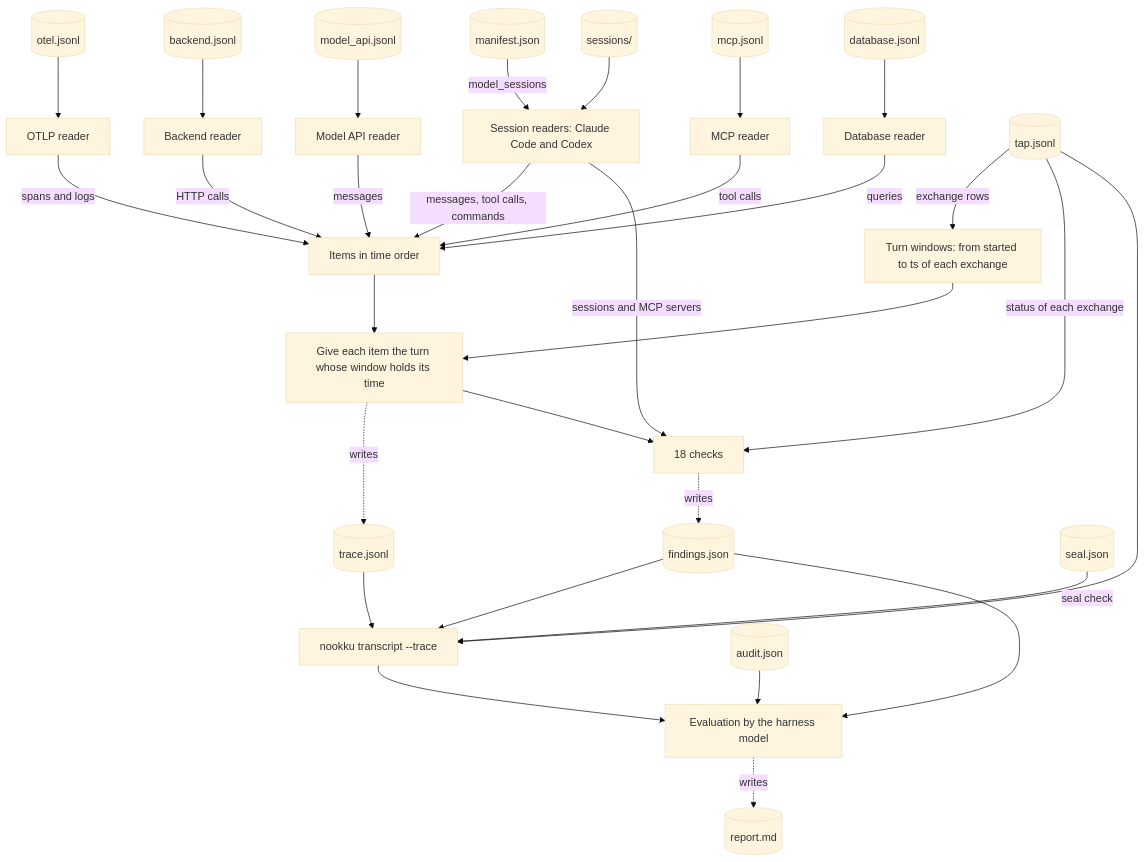
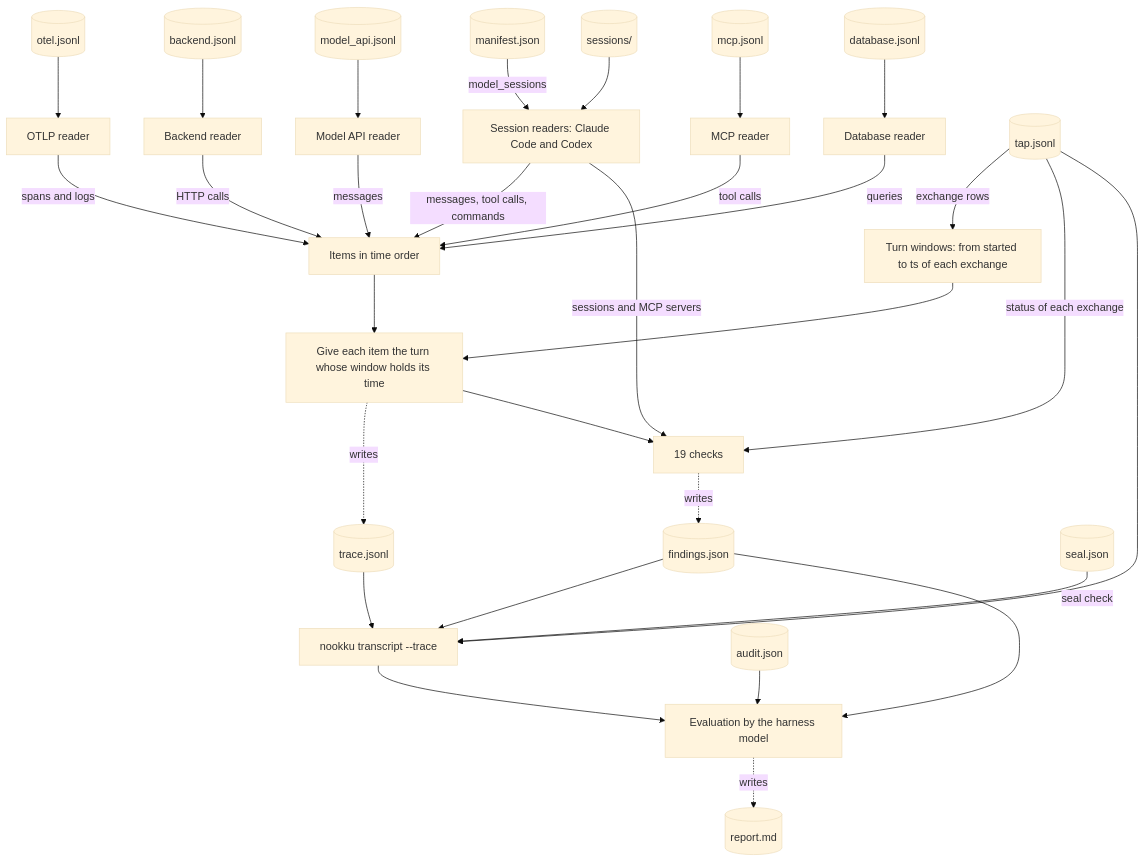
Before and after one commit to mohanraj00/nookku: the fourth of 4 diagrams in docs/architecture.md, drawn with Mermaid (base theme). The commit also changed other lines of this file and 65 other files, not shown here.

````diff
--- a/docs/architecture.md
+++ b/docs/architecture.md
@@ -213,32 +213,32 @@
 ```mermaid
 flowchart TB
     manifestrec[(manifest.json)] -->|model_sessions| sreaders[Session readers: Claude Code and Codex]
     sessions[(sessions/)] --> sreaders
     otelrec[(otel.jsonl)] --> oreader[OTLP reader]
     backendrec[(backend.jsonl)] --> breader[Backend reader]
     modelrec[(model_api.jsonl)] --> mreader[Model API reader]
     mcprec[(mcp.jsonl)] --> mcpreader[MCP reader]
     dbrec[(database.jsonl)] --> dbreader[Database reader]
     sreaders -->|messages, tool calls, commands| items[Items in time order]
     oreader -->|spans and logs| items
     breader -->|HTTP calls| items
     mreader -->|messages| items
     mcpreader -->|tool calls| items
     dbreader -->|queries| items
     taprec[(tap.jsonl)] -->|exchange rows| windows[Turn windows: from started to ts of each exchange]
     items --> assign[Give each item the turn whose window holds its time]
     windows --> assign
     assign -.->|writes| tracerec[(trace.jsonl)]
-    assign --> checks[18 checks]
+    assign --> checks[19 checks]
     sreaders -->|sessions and MCP servers| checks
     taprec -->|status of each exchange| checks
     checks -.->|writes| findingsrec[(findings.json)]
     taprec --> transcript[nookku transcript --trace]
     tracerec --> transcript
     findingsrec --> transcript
     sealrec[(seal.json)] -->|seal check| transcript
     transcript --> eval[Evaluation by the harness model]
     findingsrec --> eval
     auditrec[(audit.json)] --> eval
     eval -.->|writes| report[(report.md)]
 ```
````
